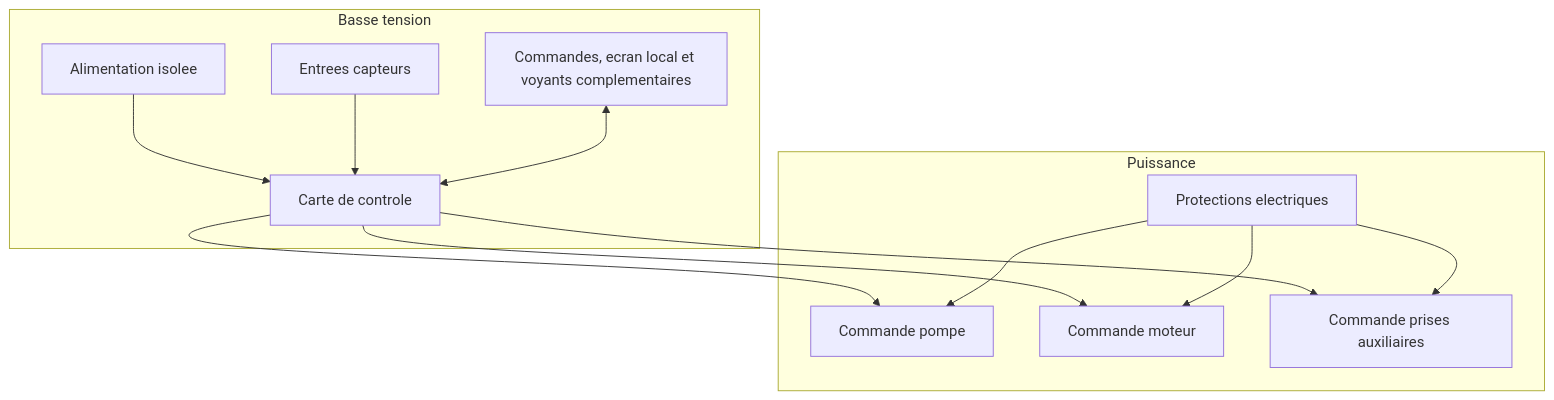
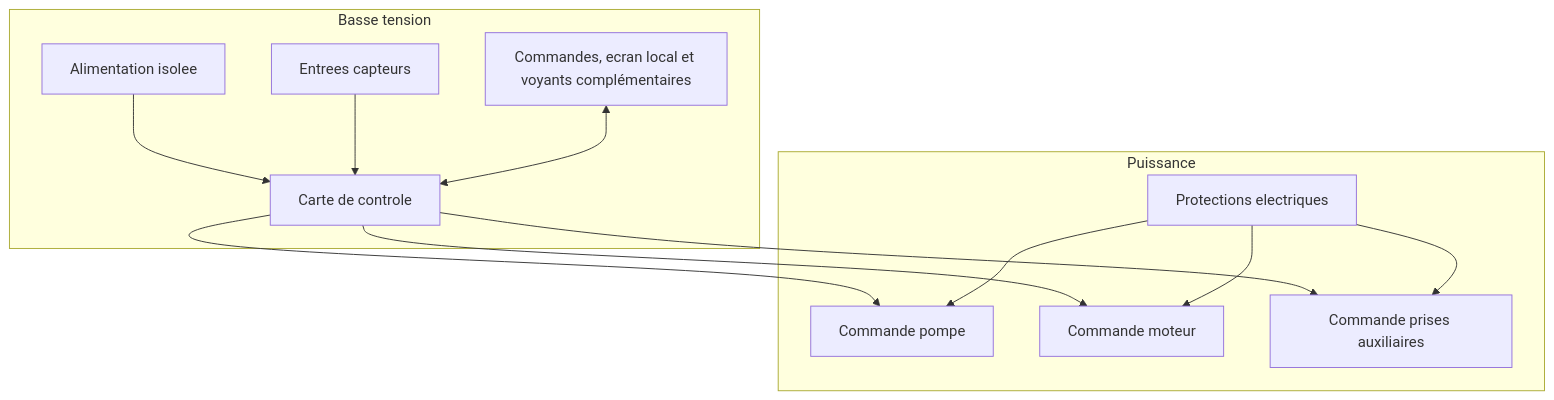
One commit to elbuey76/DrumFilterController changed the second of 2 diagrams in docs/architecture/02-architecture-materielle.md. Above: the diagram before and after it, drawn with Mermaid. The commit also changed other lines of this file and 23 other files, not shown here.

````diff
--- a/docs/architecture/02-architecture-materielle.md
+++ b/docs/architecture/02-architecture-materielle.md
@@ -96,26 +96,26 @@
 ```mermaid
 flowchart TB
     subgraph BT[Basse tension]
         Alim[Alimentation isolee]
         MCU[Carte de controle]
         Inputs[Entrees capteurs]
-        UI[Commandes, ecran local et voyants complementaires]
+        UI[Commandes, ecran local et voyants complémentaires]
     end
 
     subgraph P[Puissance]
         Prot[Protections electriques]
         K1[Commande pompe]
         K2[Commande moteur]
         K3[Commande prises auxiliaires]
     end
 
     Alim --> MCU
     Inputs --> MCU
     UI <--> MCU
     MCU --> K1
     MCU --> K2
     MCU --> K3
     Prot --> K1
     Prot --> K2
     Prot --> K3
 ```
````
